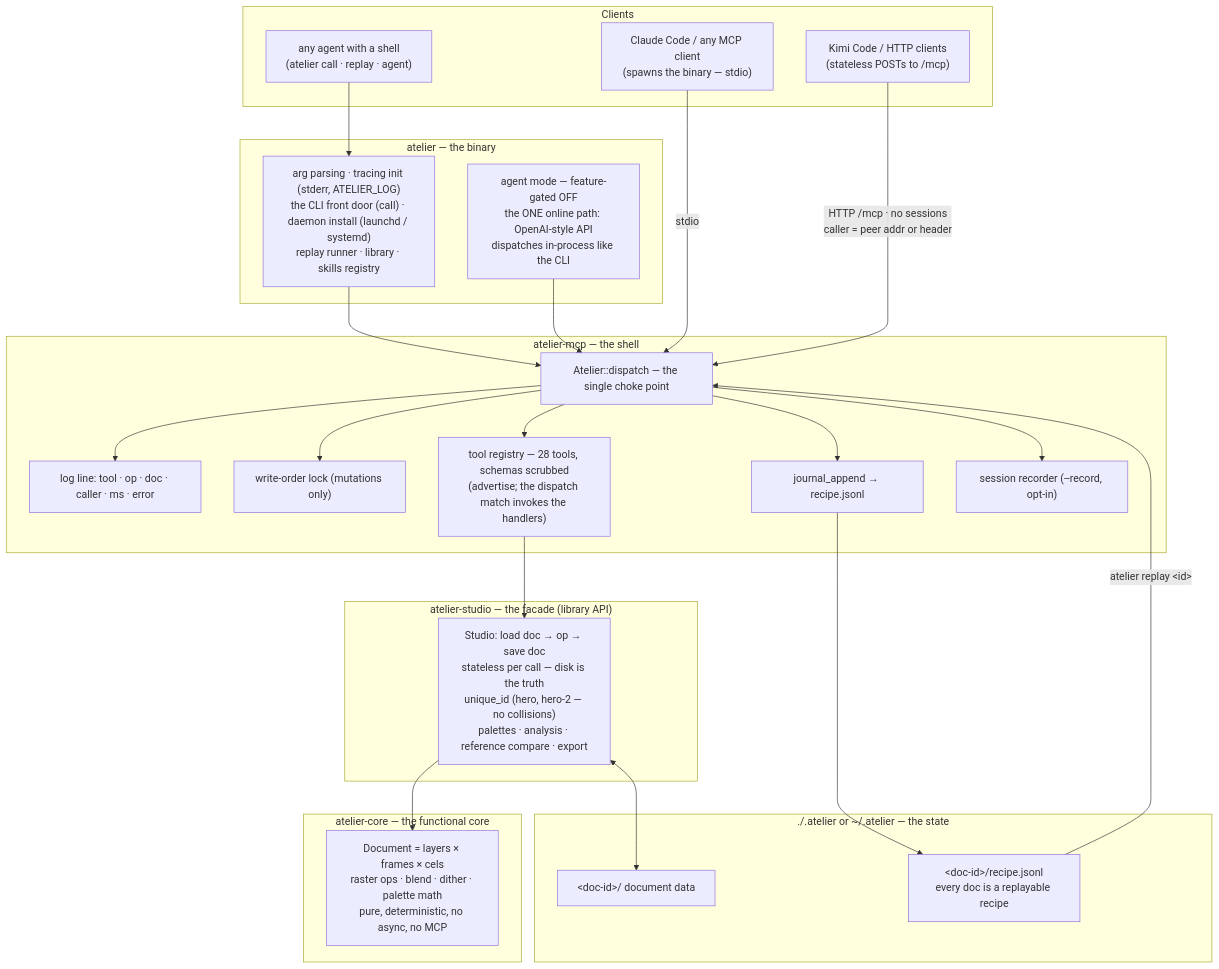
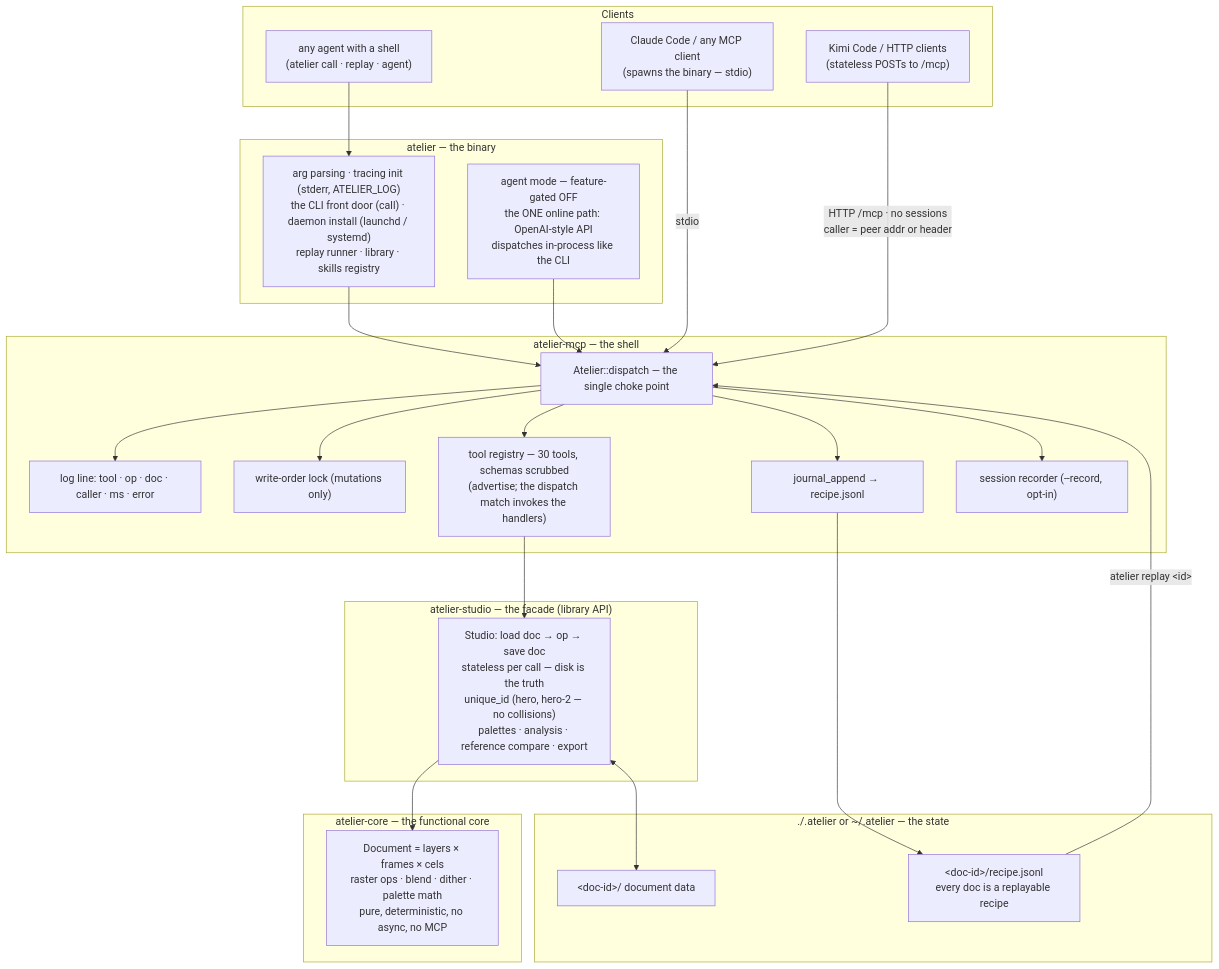
Before and after one commit to marmikshah/atelier: the diagram in docs/ARCHITECTURE.md, drawn with Mermaid. The commit also changed other lines of this file and 13 other files, not shown here.

````diff
--- a/docs/ARCHITECTURE.md
+++ b/docs/ARCHITECTURE.md
@@ -43,51 +43,51 @@
 ```mermaid
 flowchart TB
     subgraph clients["Clients"]
         shell["any agent with a shell<br/>(atelier call · replay · agent)"]
         cc["Claude Code / any MCP client<br/>(spawns the binary — stdio)"]
         kimi["Kimi Code / HTTP clients<br/>(stateless POSTs to /mcp)"]
     end
 
     subgraph bin["atelier — the binary"]
         main["arg parsing · tracing init (stderr, ATELIER_LOG)<br/>the CLI front door (call) · daemon install (launchd / systemd)<br/>replay runner · library · skills registry"]
         agent["agent mode — feature-gated OFF<br/>the ONE online path: OpenAI-style API<br/>dispatches in-process like the CLI"]
     end
 
     subgraph mcp["atelier-mcp — the shell"]
         dispatch["Atelier::dispatch — the single choke point"]
         log["log line: tool · op · doc · caller · ms · error"]
         order["write-order lock (mutations only)"]
-        router["tool registry — 28 tools, schemas scrubbed<br/>(advertise; the dispatch match invokes the handlers)"]
+        router["tool registry — 30 tools, schemas scrubbed<br/>(advertise; the dispatch match invokes the handlers)"]
         journal["journal_append → recipe.jsonl"]
         recorder["session recorder (--record, opt-in)"]
     end
 
     subgraph studio["atelier-studio — the facade (library API)"]
         facade["Studio: load doc → op → save doc<br/>stateless per call — disk is the truth<br/>unique_id (hero, hero-2 — no collisions)<br/>palettes · analysis · reference compare · export"]
     end
 
     subgraph core["atelier-core — the functional core"]
         model["Document = layers × frames × cels<br/>raster ops · blend · dither · palette math<br/>pure, deterministic, no async, no MCP"]
     end
 
     subgraph disk["./.atelier or ~/.atelier — the state"]
         store["&lt;doc-id&gt;/ document data"]
         recipe["&lt;doc-id&gt;/recipe.jsonl<br/>every doc is a replayable recipe"]
     end
 
     shell --> main
     cc -- stdio --> dispatch
     kimi -- "HTTP /mcp · no sessions<br/>caller = peer addr or header" --> dispatch
     main --> dispatch
     agent --> dispatch
     dispatch --> log
     dispatch --> order
     dispatch --> router
     dispatch --> journal
     dispatch --> recorder
     router --> facade
     facade --> model
     facade <--> store
     journal --> recipe
     recipe -- "atelier replay &lt;id&gt;" --> dispatch
 ```
````
